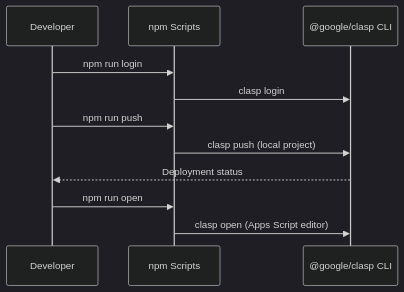
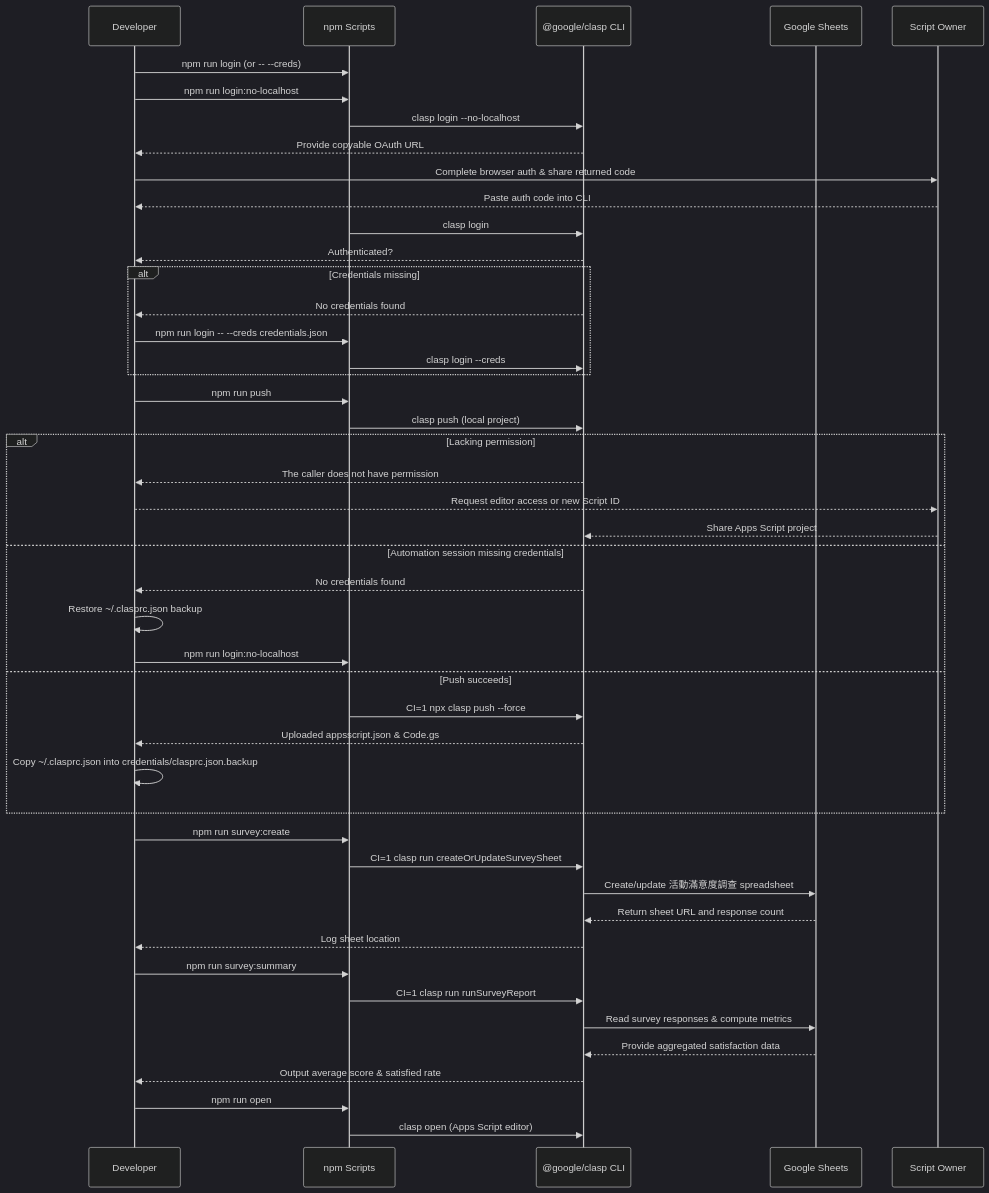
Before and after one commit to muyueh/hello-claps: the third of 5 diagrams in README.md, drawn with Mermaid (dark theme). The commit also changed other lines of this file and 5 other files, not shown here.

Commit message:
feat: automate survey sheet reporting

````diff
--- a/README.md
+++ b/README.md
@@ -21,13 +50,48 @@
 ```mermaid
 sequenceDiagram
   participant Dev as Developer
   participant NPM as npm Scripts
   participant Clasp as @google/clasp CLI
-  Dev->>NPM: npm run login
+  participant Sheets as Google Sheets
+  participant Owner as Script Owner
+  Dev->>NPM: npm run login (or -- --creds)
+  Dev->>NPM: npm run login:no-localhost
+  NPM->>Clasp: clasp login --no-localhost
+  Clasp-->>Dev: Provide copyable OAuth URL
+  Dev->>Owner: Complete browser auth & share returned code
+  Owner-->>Dev: Paste auth code into CLI
   NPM->>Clasp: clasp login
+  Clasp-->>Dev: Authenticated?
+  alt Credentials missing
+    Clasp-->>Dev: No credentials found
+    Dev->>NPM: npm run login -- --creds credentials.json
+    NPM->>Clasp: clasp login --creds
+  end
   Dev->>NPM: npm run push
   NPM->>Clasp: clasp push (local project)
-  Clasp-->>Dev: Deployment status
+  alt Lacking permission
+    Clasp-->>Dev: The caller does not have permission
+    Dev-->>Owner: Request editor access or new Script ID
+    Owner-->>Clasp: Share Apps Script project
+  else Automation session missing credentials
+    Clasp-->>Dev: No credentials found
+    Dev->>Dev: Restore ~/.clasprc.json backup
+    Dev->>NPM: npm run login:no-localhost
+  else Push succeeds
+    NPM->>Clasp: CI=1 npx clasp push --force
+    Clasp-->>Dev: Uploaded appsscript.json & Code.gs
+    Dev->>Dev: Copy ~/.clasprc.json into credentials/clasprc.json.backup
+  end
+  Dev->>NPM: npm run survey:create
+  NPM->>Clasp: CI=1 clasp run createOrUpdateSurveySheet
+  Clasp->>Sheets: Create/update 活動滿意度調查 spreadsheet
+  Sheets-->>Clasp: Return sheet URL and response count
+  Clasp-->>Dev: Log sheet location
+  Dev->>NPM: npm run survey:summary
+  NPM->>Clasp: CI=1 clasp run runSurveyReport
+  Clasp->>Sheets: Read survey responses & compute metrics
+  Sheets-->>Clasp: Provide aggregated satisfaction data
+  Clasp-->>Dev: Output average score & satisfied rate
   Dev->>NPM: npm run open
   NPM->>Clasp: clasp open (Apps Script editor)
 ```
````
